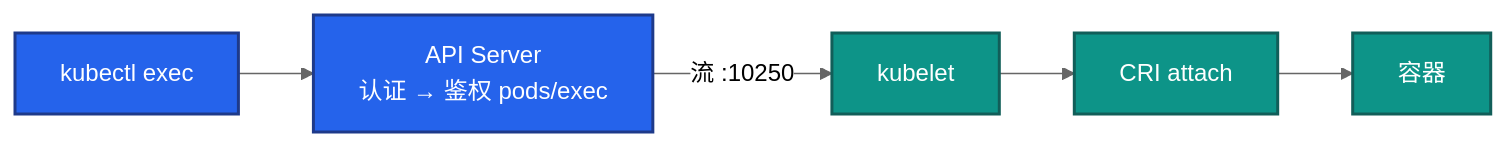
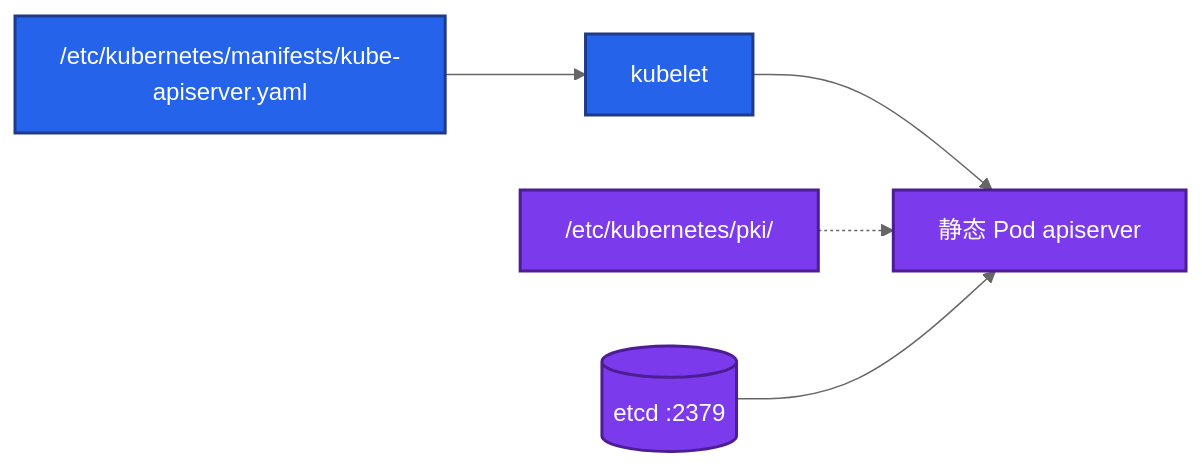
Before and after one commit to ml-cuizijun/LearnToLilith: the fourth of 5 diagrams in 04-Kubernetes/03-API-Server/知识点.md, drawn with Mermaid (neutral theme). The commit also changed other lines of this file and 107 other files, not shown here.

````diff
--- a/04-Kubernetes/03-API-Server/知识点.md
+++ b/04-Kubernetes/03-API-Server/知识点.md
@@ -274,12 +533,12 @@
 ```mermaid
 flowchart LR
-    k[kubectl exec] --> api[API Server<br/>认证 → 鉴权 pods/exec]
-    api -->|"流 :10250"| kl[kubelet]
-    kl --> cri[CRI attach]
-    cri --> ctr[容器]
+    yaml["/etc/kubernetes/manifests/kube-apiserver.yaml"] --> kl[kubelet]
+    kl --> pod[静态 Pod apiserver]
+    pki["/etc/kubernetes/pki/"] -.-> pod
+    etcd[("etcd :2379")] --> pod
 
     classDef a fill:#2563EB,stroke:#1E3A8A,stroke-width:2px,color:#fff
-    classDef b fill:#0D9488,stroke:#115E59,stroke-width:2px,color:#fff
-    class k,api a
-    class kl,cri,ctr b
+    classDef b fill:#7C3AED,stroke:#4C1D95,stroke-width:2px,color:#fff
+    class yaml,kl a
+    class pod,pki,etcd b
 ```
````
